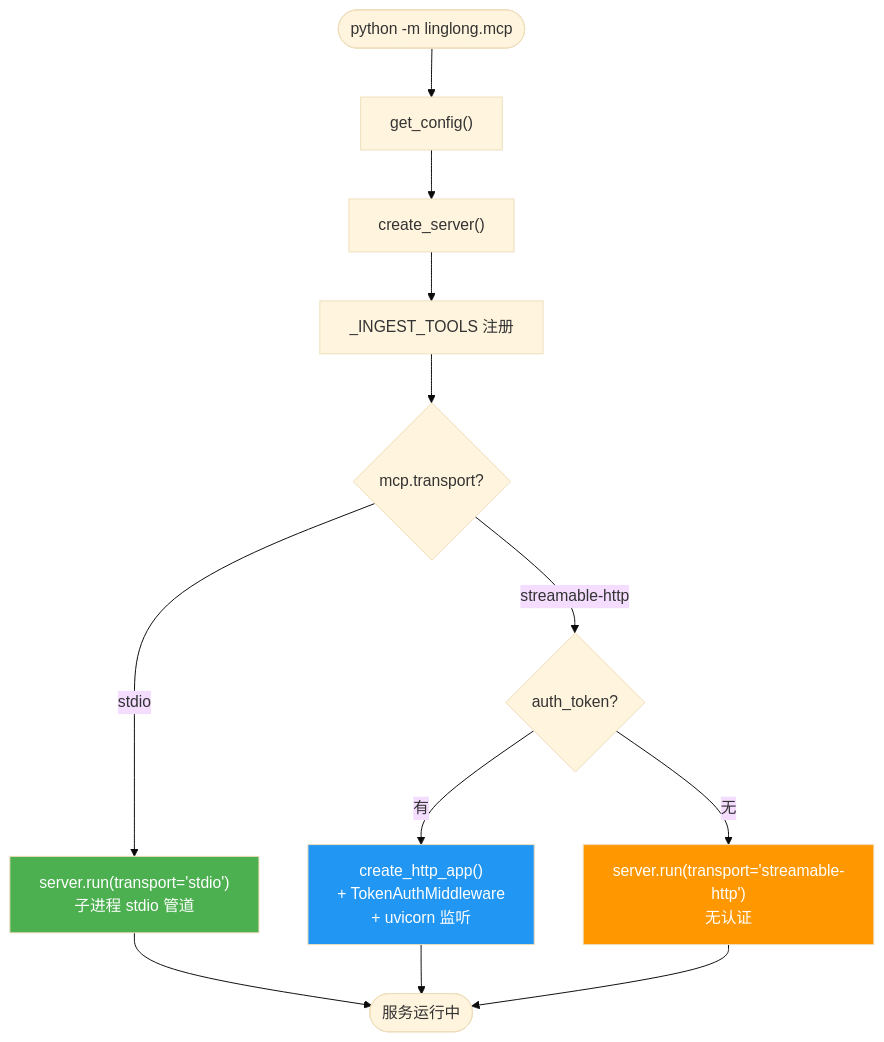
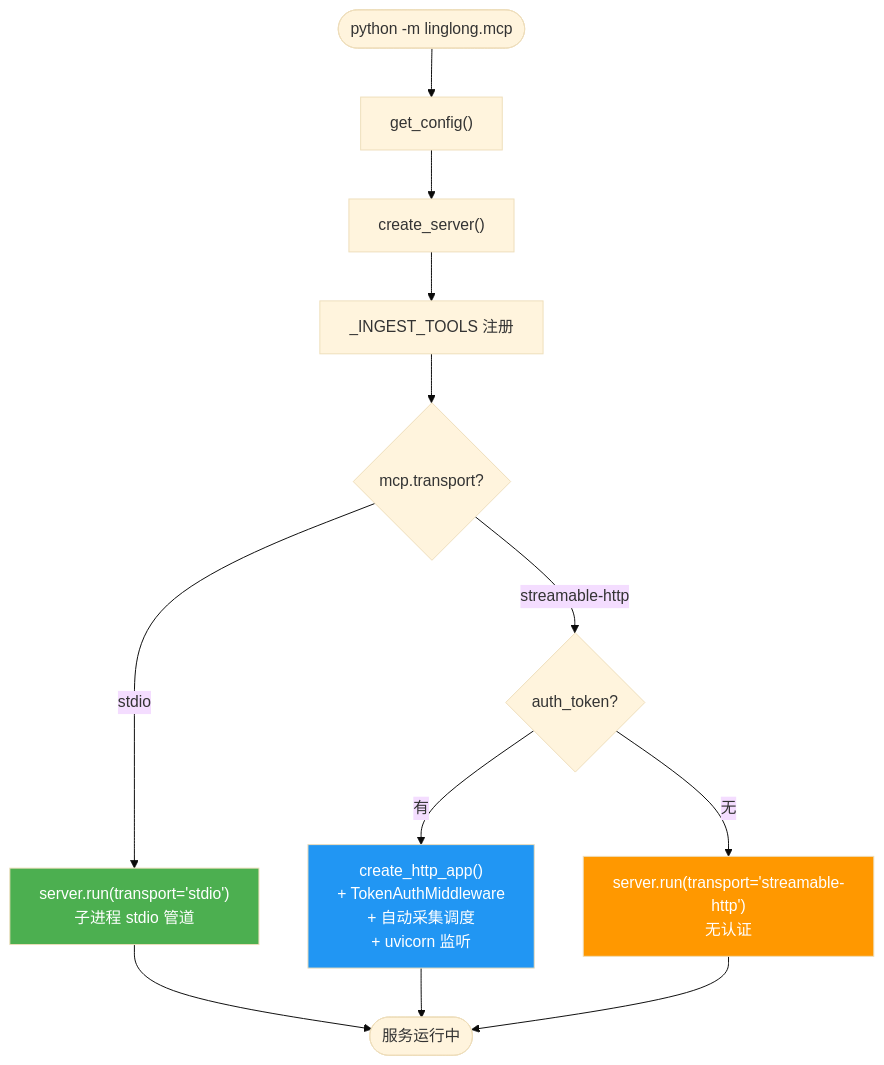
One commit to xinovate/linglong-scout changed the first of 4 diagrams in docs/design/06-mcp.md. Above: the diagram before and after it, drawn with Mermaid (base theme). The commit also changed other lines of this file and 6 other files, not shown here.

First line of the commit message:
docs: 同步架构图/流程图/组件表，补充多用户隔离和自动调度

````diff
--- a/docs/design/06-mcp.md
+++ b/docs/design/06-mcp.md
@@ -15,21 +15,21 @@
 ```mermaid
 flowchart TD
     START(["python -m linglong.mcp"]) --> CONFIG["get_config()"]
     CONFIG --> CREATE["create_server()"]
     CREATE --> REGISTER["_INGEST_TOOLS 注册"]
     REGISTER --> TRANSPORT{mcp.transport?}
 
     TRANSPORT -->|stdio| STDIO["server.run(transport='stdio')<br/>子进程 stdio 管道"]
     TRANSPORT -->|streamable-http| HTTP_CHECK{auth_token?}
 
-    HTTP_CHECK -->|有| HTTP_AUTH["create_http_app()<br/>+ TokenAuthMiddleware<br/>+ uvicorn 监听"]
+    HTTP_CHECK -->|有| HTTP_AUTH["create_http_app()<br/>+ TokenAuthMiddleware<br/>+ 自动采集调度<br/>+ uvicorn 监听"]
     HTTP_CHECK -->|无| HTTP_NOAUTH["server.run(transport='streamable-http')<br/>无认证"]
 
     STDIO --> RUNNING(["服务运行中"])
     HTTP_AUTH --> RUNNING
     HTTP_NOAUTH --> RUNNING
 
     style STDIO fill:#4CAF50,color:#fff
     style HTTP_AUTH fill:#2196F3,color:#fff
     style HTTP_NOAUTH fill:#FF9800,color:#fff
 ```
````
